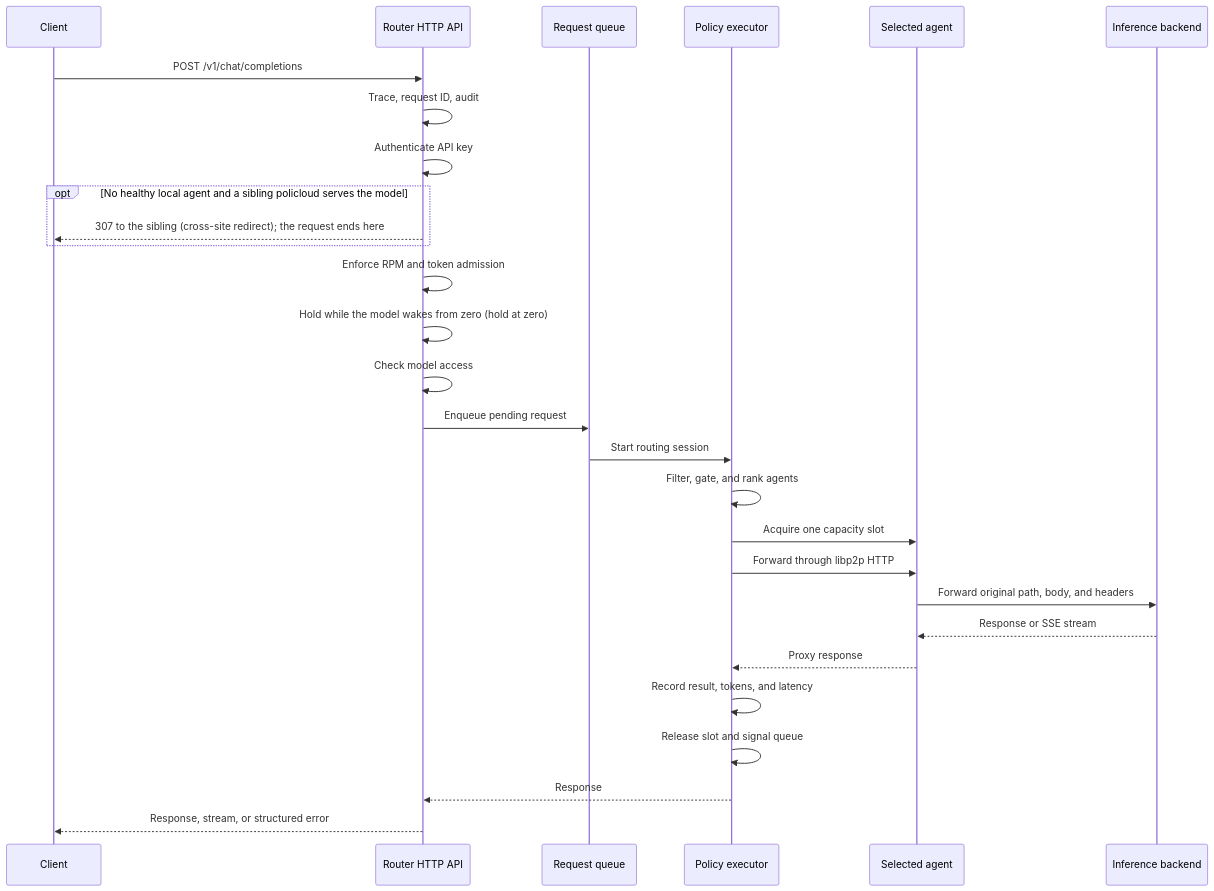
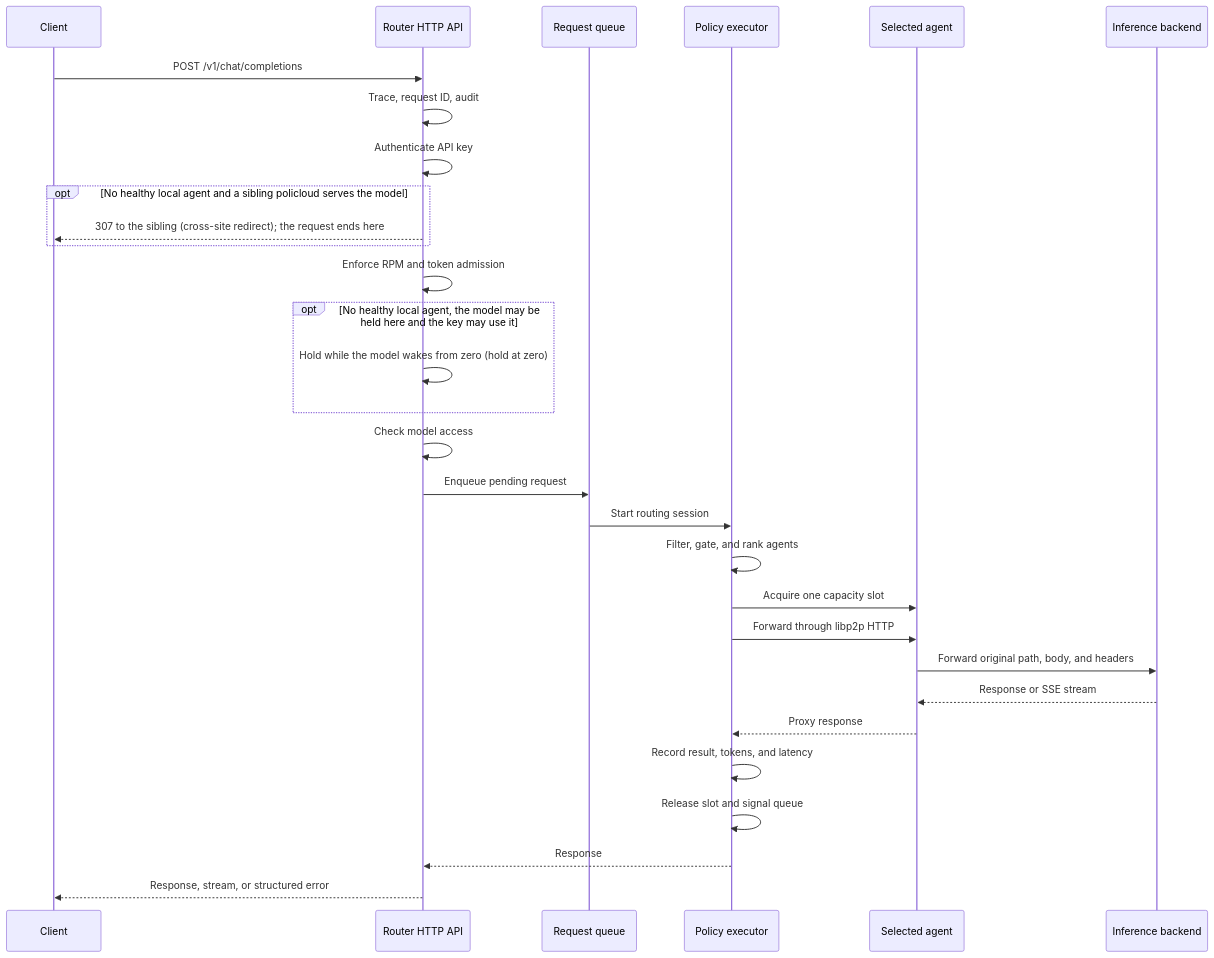
One commit to HivenetOSS/hivenet_router changed the fourth of 5 diagrams in docs/reference/detailed-architecture.mdx. Above: the diagram before and after it, drawn with Mermaid. The commit also changed other lines of this file and 4 other files, not shown here.

````diff
--- a/docs/reference/detailed-architecture.mdx
+++ b/docs/reference/detailed-architecture.mdx
@@ -530,31 +530,33 @@
 ```mermaid
 sequenceDiagram
     participant C as Client
     participant H as Router HTTP API
     participant Q as Request queue
     participant P as Policy executor
     participant A as Selected agent
     participant E as Inference backend
 
     C->>H: POST /v1/chat/completions
     H->>H: Trace, request ID, audit
     H->>H: Authenticate API key
     opt No healthy local agent and a sibling policloud serves the model
         H-->>C: 307 to the sibling (cross-site redirect)#59; the request ends here
     end
     H->>H: Enforce RPM and token admission
-    H->>H: Hold while the model wakes from zero (hold at zero)
+    opt No healthy local agent, the model may be held here and the key may use it
+        H->>H: Hold while the model wakes from zero (hold at zero)
+    end
     H->>H: Check model access
     H->>Q: Enqueue pending request
     Q->>P: Start routing session
     P->>P: Filter, gate, and rank agents
     P->>A: Acquire one capacity slot
     P->>A: Forward through libp2p HTTP
     A->>E: Forward original path, body, and headers
     E-->>A: Response or SSE stream
     A-->>P: Proxy response
     P->>P: Record result, tokens, and latency
     P->>P: Release slot and signal queue
     P-->>H: Response
     H-->>C: Response, stream, or structured error
 ```
````
